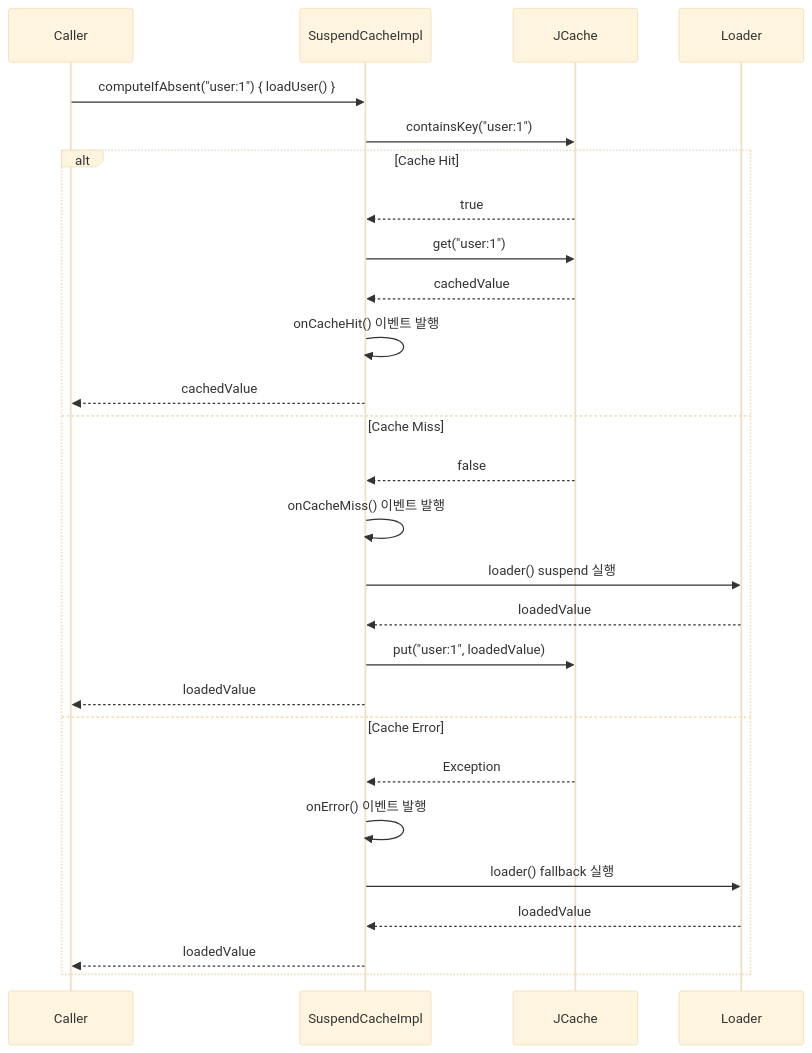
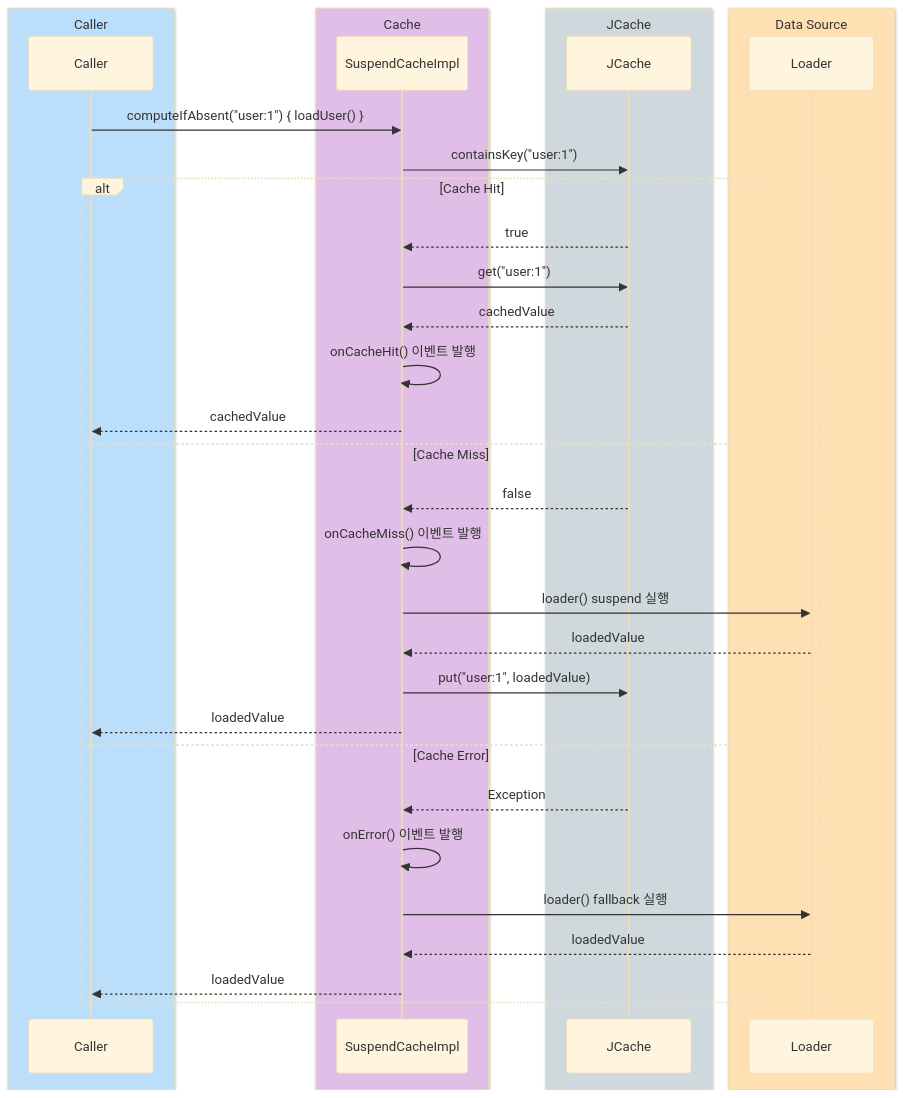
One commit to bluetape4k/bluetape4k-projects changed the third of 3 diagrams in infra/resilience4j/README.ko.md. Above: the diagram before and after it, drawn with Mermaid (base theme). The commit also changed other lines of this file and 221 other files, not shown here.

First line of the commit message:
docs: 전체 모듈 README UML 다이어그램 보강 및 색상 업그레이드

````diff
--- a/infra/resilience4j/README.ko.md
+++ b/infra/resilience4j/README.ko.md
@@ -135,30 +147,38 @@
 ```mermaid
 sequenceDiagram
+    box rgb(187,222,251) Caller
     participant Caller
+    end
+    box rgb(225,190,231) Cache
     participant SuspendCacheImpl
+    end
+    box rgb(207,216,220) JCache
     participant JCache
+    end
+    box rgb(255,224,178) Data Source
     participant Loader
+    end
     Caller ->> SuspendCacheImpl: computeIfAbsent("user:1") { loadUser() }
     SuspendCacheImpl ->> JCache: containsKey("user:1")
 
     alt Cache Hit
         JCache -->> SuspendCacheImpl: true
         SuspendCacheImpl ->> JCache: get("user:1")
         JCache -->> SuspendCacheImpl: cachedValue
         SuspendCacheImpl ->> SuspendCacheImpl: onCacheHit() 이벤트 발행
         SuspendCacheImpl -->> Caller: cachedValue
     else Cache Miss
         JCache -->> SuspendCacheImpl: false
         SuspendCacheImpl ->> SuspendCacheImpl: onCacheMiss() 이벤트 발행
         SuspendCacheImpl ->> Loader: loader() suspend 실행
         Loader -->> SuspendCacheImpl: loadedValue
         SuspendCacheImpl ->> JCache: put("user:1", loadedValue)
         SuspendCacheImpl -->> Caller: loadedValue
     else Cache Error
         JCache -->> SuspendCacheImpl: Exception
         SuspendCacheImpl ->> SuspendCacheImpl: onError() 이벤트 발행
         SuspendCacheImpl ->> Loader: loader() fallback 실행
         Loader -->> SuspendCacheImpl: loadedValue
         SuspendCacheImpl -->> Caller: loadedValue
     end
 ```
````
